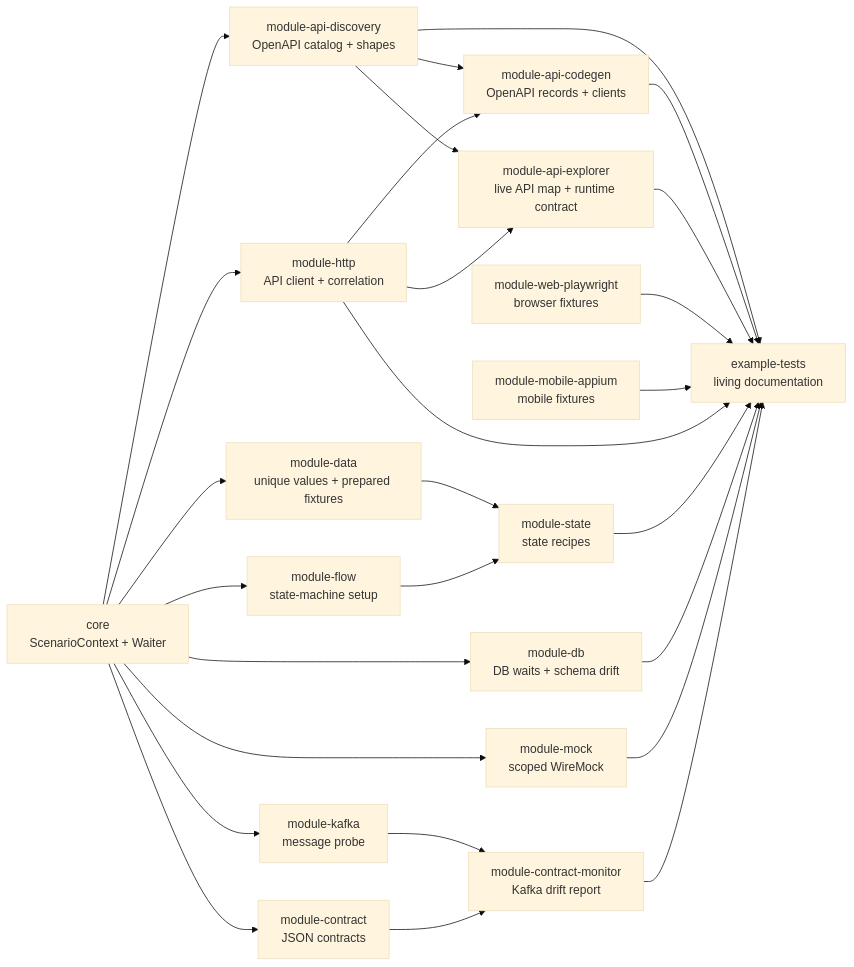
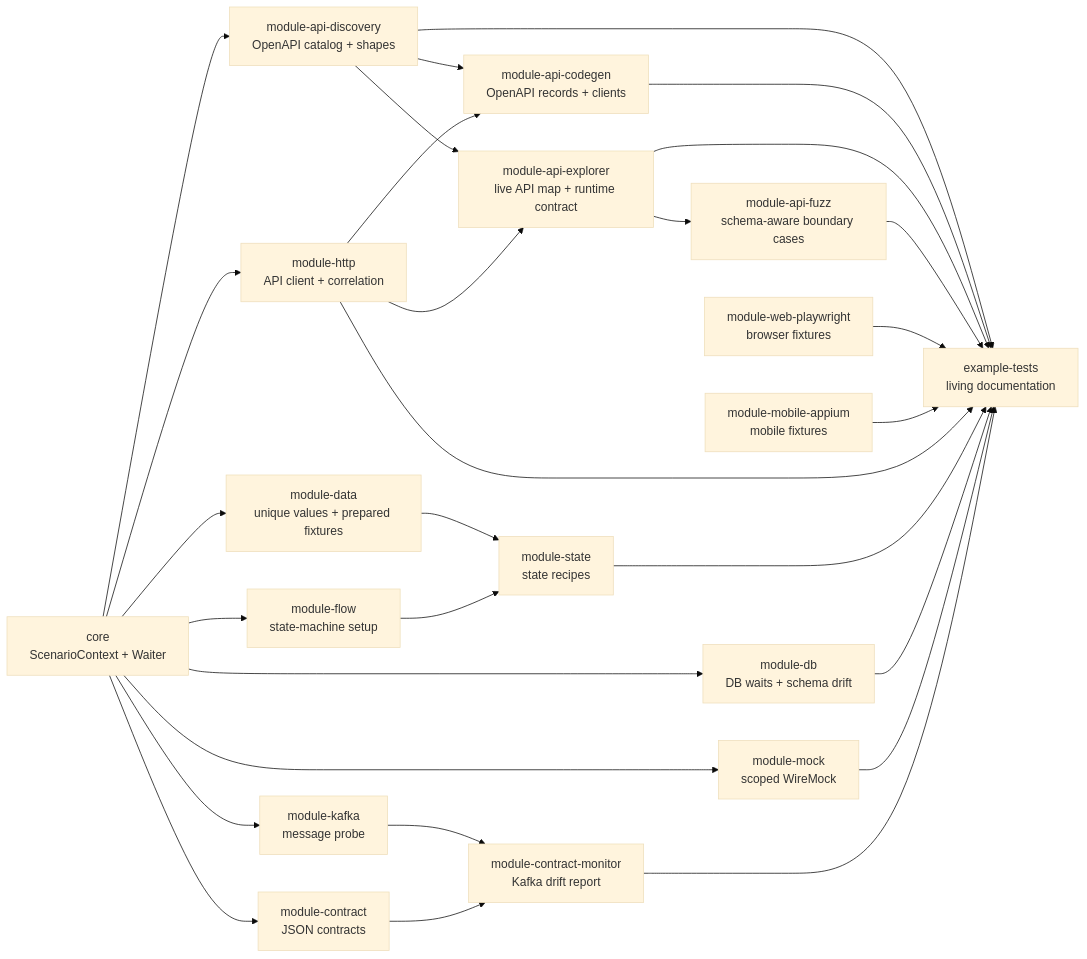
One commit to MickeyOrlov/TestForge changed the first of 3 diagrams in README.md. Above: the diagram before and after it, drawn with Mermaid (base theme). The commit also changed other lines of this file and 47 other files, not shown here.

First line of the commit message:
feat: add module-api-fuzz, schema-aware boundary cases

````diff
--- a/README.md
+++ b/README.md
@@ -37,46 +37,49 @@
 ```mermaid
 flowchart LR
     Core["core\nScenarioContext + Waiter"]
     Data["module-data\nunique values + prepared fixtures"]
     Flow["module-flow\nstate-machine setup"]
     State["module-state\nstate recipes"]
     DB["module-db\nDB waits + schema drift"]
     Mock["module-mock\nscoped WireMock"]
     Http["module-http\nAPI client + correlation"]
     Kafka["module-kafka\nmessage probe"]
     Contract["module-contract\nJSON contracts"]
     Monitor["module-contract-monitor\nKafka drift report"]
     ApiDiscovery["module-api-discovery\nOpenAPI catalog + shapes"]
     ApiCodegen["module-api-codegen\nOpenAPI records + clients"]
     ApiExplorer["module-api-explorer\nlive API map + runtime contract"]
+    ApiFuzz["module-api-fuzz\nschema-aware boundary cases"]
     Web["module-web-playwright\nbrowser fixtures"]
     Mobile["module-mobile-appium\nmobile fixtures"]
     Examples["example-tests\nliving documentation"]
 
     Core --> Data
     Core --> Flow
     Core --> DB
     Core --> Mock
     Core --> Http
     Core --> Kafka
     Core --> Contract
     Core --> ApiDiscovery
     ApiDiscovery --> ApiCodegen
     Http --> ApiCodegen
     ApiDiscovery --> ApiExplorer
     Http --> ApiExplorer
+    ApiExplorer --> ApiFuzz
     Data --> State
     Flow --> State
     Kafka --> Monitor
     Contract --> Monitor
     ApiDiscovery --> Examples
     ApiCodegen --> Examples
     ApiExplorer --> Examples
+    ApiFuzz --> Examples
     Web --> Examples
     Mobile --> Examples
     Http --> Examples
     State --> Examples
     DB --> Examples
     Mock --> Examples
     Monitor --> Examples
 ```
````
